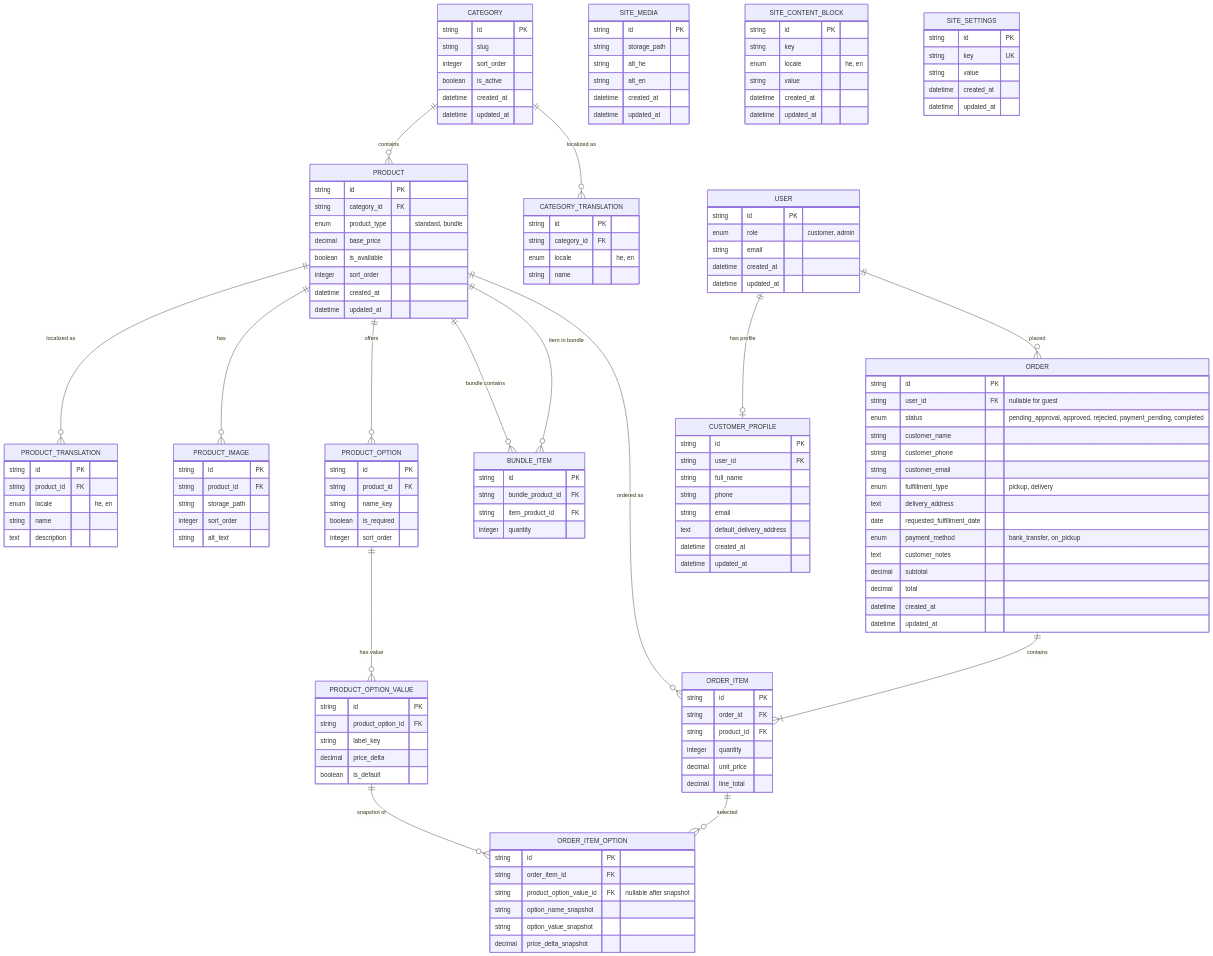
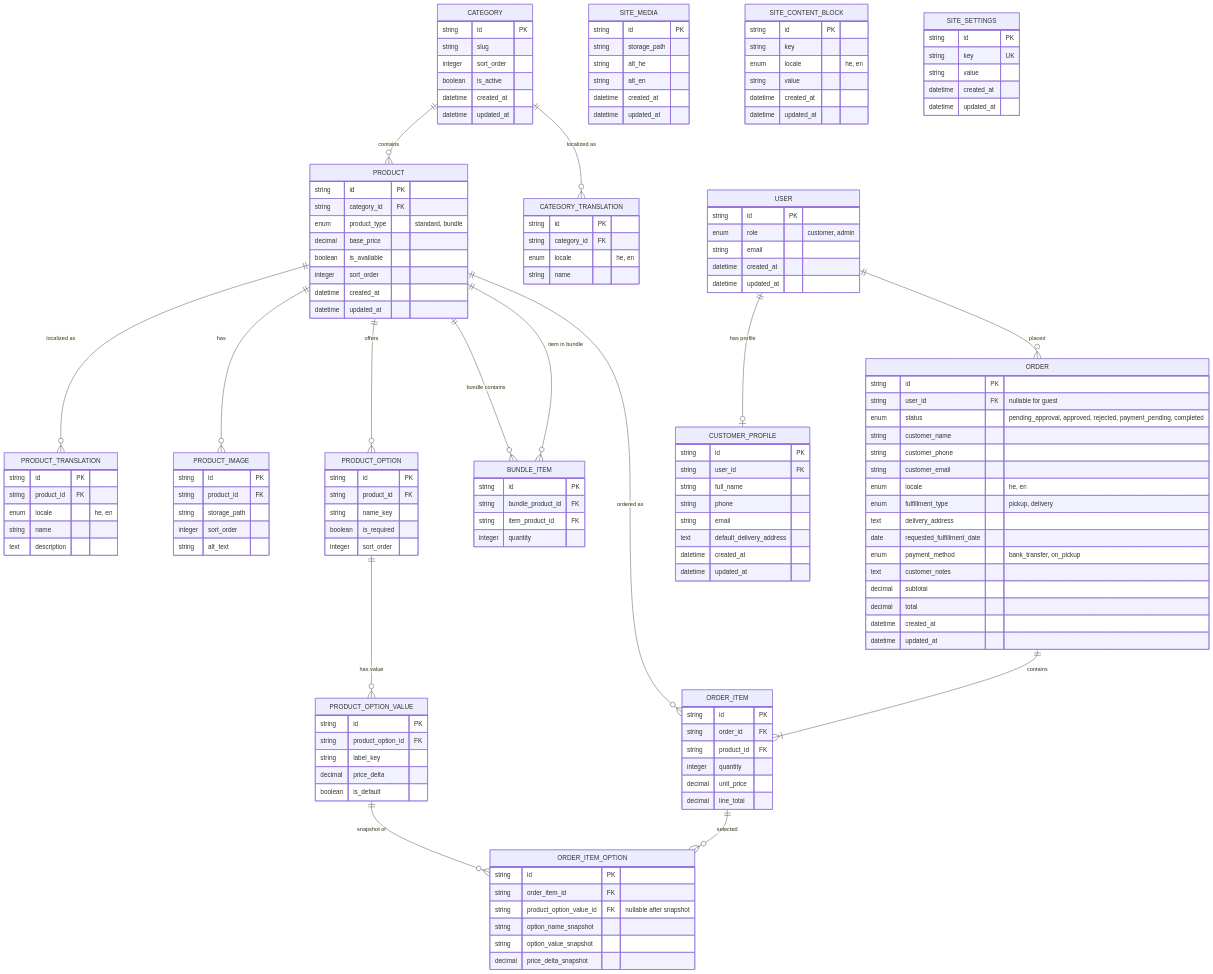
Before and after one commit to malka3949/maison-malka: the diagram in DOCS/Maison-Malka-ERD.md, drawn with Mermaid. The commit also changed other lines of this file and 16 other files, not shown here.

```diff
--- a/DOCS/Maison-Malka-ERD.md
+++ b/DOCS/Maison-Malka-ERD.md
@@ -150,6 +150,7 @@
         string customer_name
         string customer_phone
         string customer_email
+        enum locale "he, en"
         enum fulfillment_type "pickup, delivery"
         text delivery_address
         date requested_fulfillment_date
```
